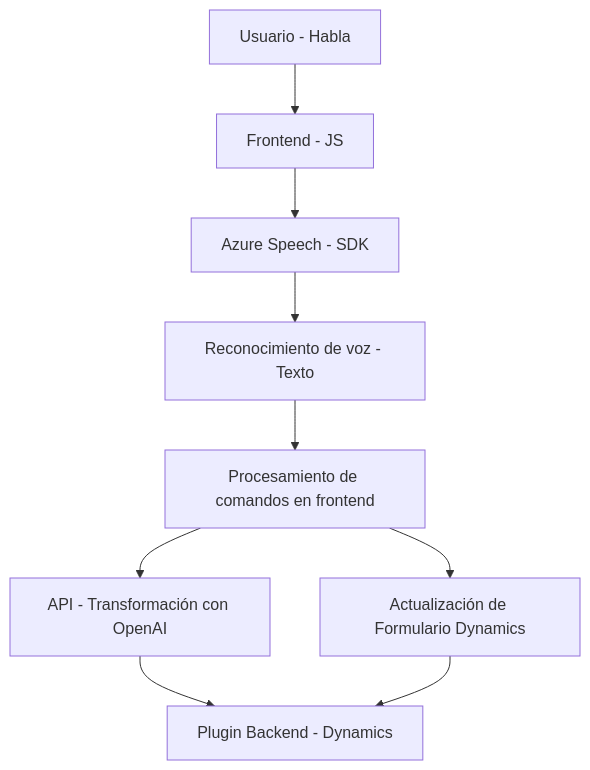
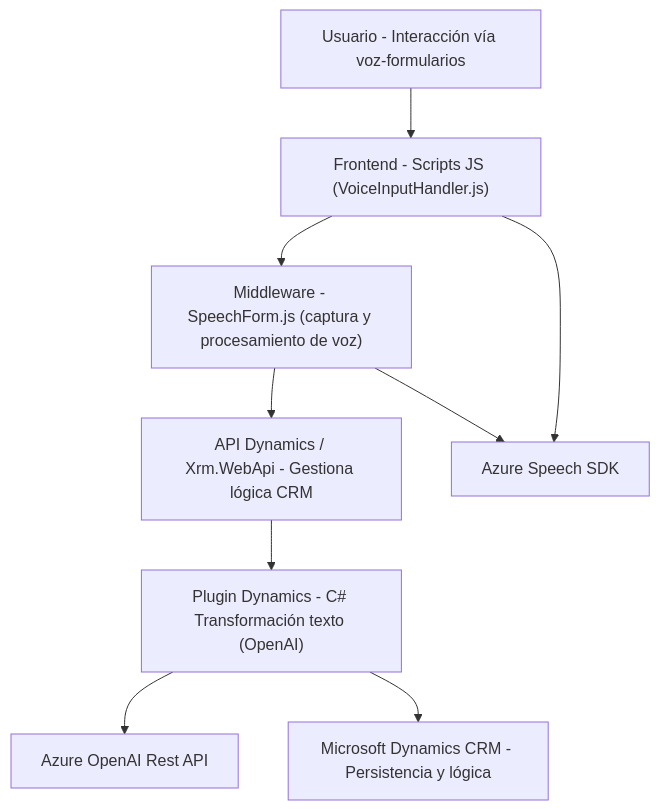
One commit to blopezdm/NETCORE_BILBAO2025 changed the diagram in README.md. Above: the diagram before and after it, drawn with Mermaid. The commit also changed other lines of this file, not shown here.

Commit message:
Actualizar análisis global de la solución con IA

````diff
--- a/README.md
+++ b/README.md
@@ -53,11 +43,20 @@
 ```mermaid
 graph TD
-    A["Usuario - Habla"] --> B["Frontend - JS"]
-    B["Frontend - JS"] --> C["Azure Speech - SDK"]
-    C["Azure Speech - SDK"] --> D["Reconocimiento de voz - Texto"]
-    D["Reconocimiento de voz - Texto"] --> E["Procesamiento de comandos en frontend"]
-    E["Procesamiento de comandos en frontend"] --> F["Actualización de Formulario Dynamics"]
-    E["Procesamiento de comandos en frontend"] --> G["API - Transformación con OpenAI"]
-    G["API - Transformación con OpenAI"] --> H["Plugin Backend - Dynamics"]
-    F["Actualización de Formulario Dynamics"] --> H["Plugin Backend - Dynamics"]
+    A1["Usuario - Interacción vía voz-formularios"]
+    A2["Frontend - Scripts JS (VoiceInputHandler.js)"]
+    A3["Middleware - SpeechForm.js (captura y procesamiento de voz)"]
+    A4["API Dynamics / Xrm.WebApi - Gestiona lógica CRM"]
+    B1["Plugin Dynamics - C# Transformación texto (OpenAI)"]
+    B2["Azure Speech SDK"]
+    B3["Azure OpenAI Rest API"]
+    B4["Microsoft Dynamics CRM - Persistencia y lógica"]
+
+    A1 --> A2
+    A2 --> A3
+    A2 --> B2
+    A3 --> B2
+    A3 --> A4
+    A4 --> B1
+    B1 --> B3
+    B1 --> B4
 ```
````
